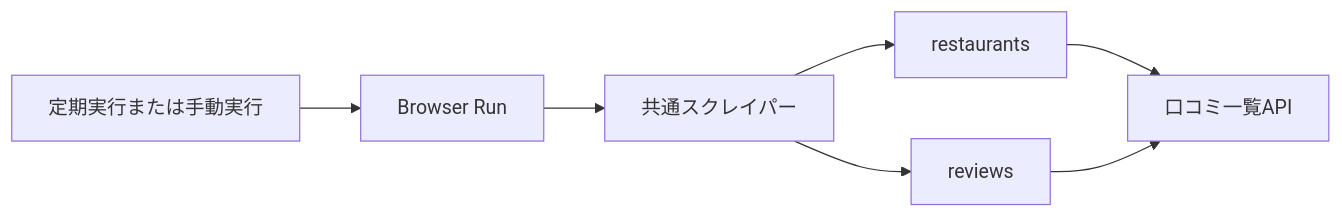
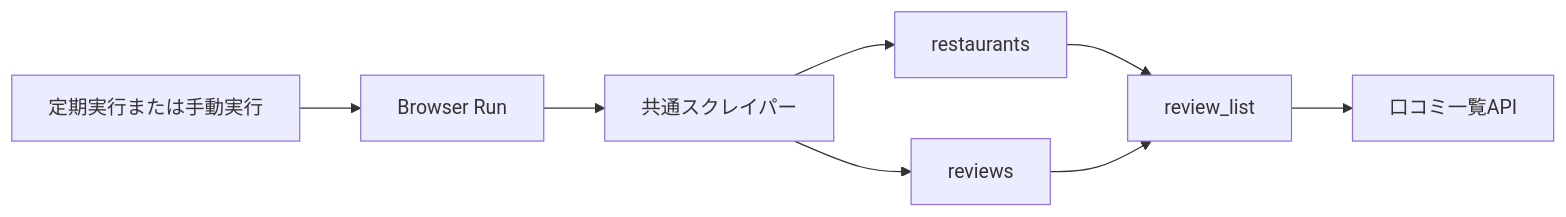
One commit to kakami21/write-like-you changed the diagram in DATABASE_DESIGN.md. Above: the diagram before and after it, drawn with Mermaid. The commit also changed other lines of this file and 3 other files, not shown here.

````diff
--- a/DATABASE_DESIGN.md
+++ b/DATABASE_DESIGN.md
@@ -44,9 +62,10 @@
 ```mermaid
 flowchart LR
     C["定期実行または手動実行"] --> B["Browser Run"]
     B --> S["共通スクレイパー"]
     S --> T["restaurants"]
     S --> R["reviews"]
-    T --> A["口コミ一覧API"]
-    R --> A
+    T --> V["review_list"]
+    R --> V
+    V --> A["口コミ一覧API"]
 ```
````
